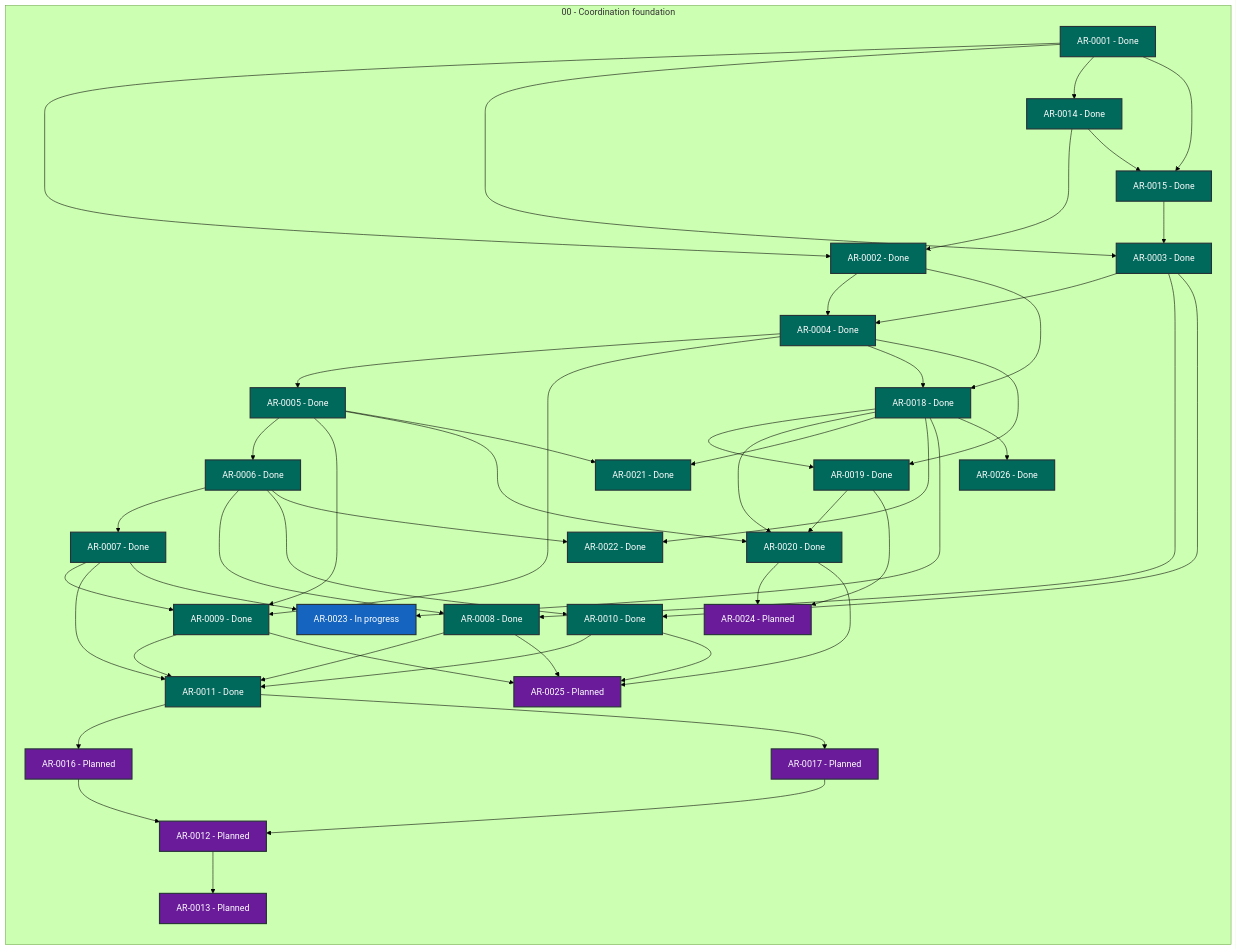
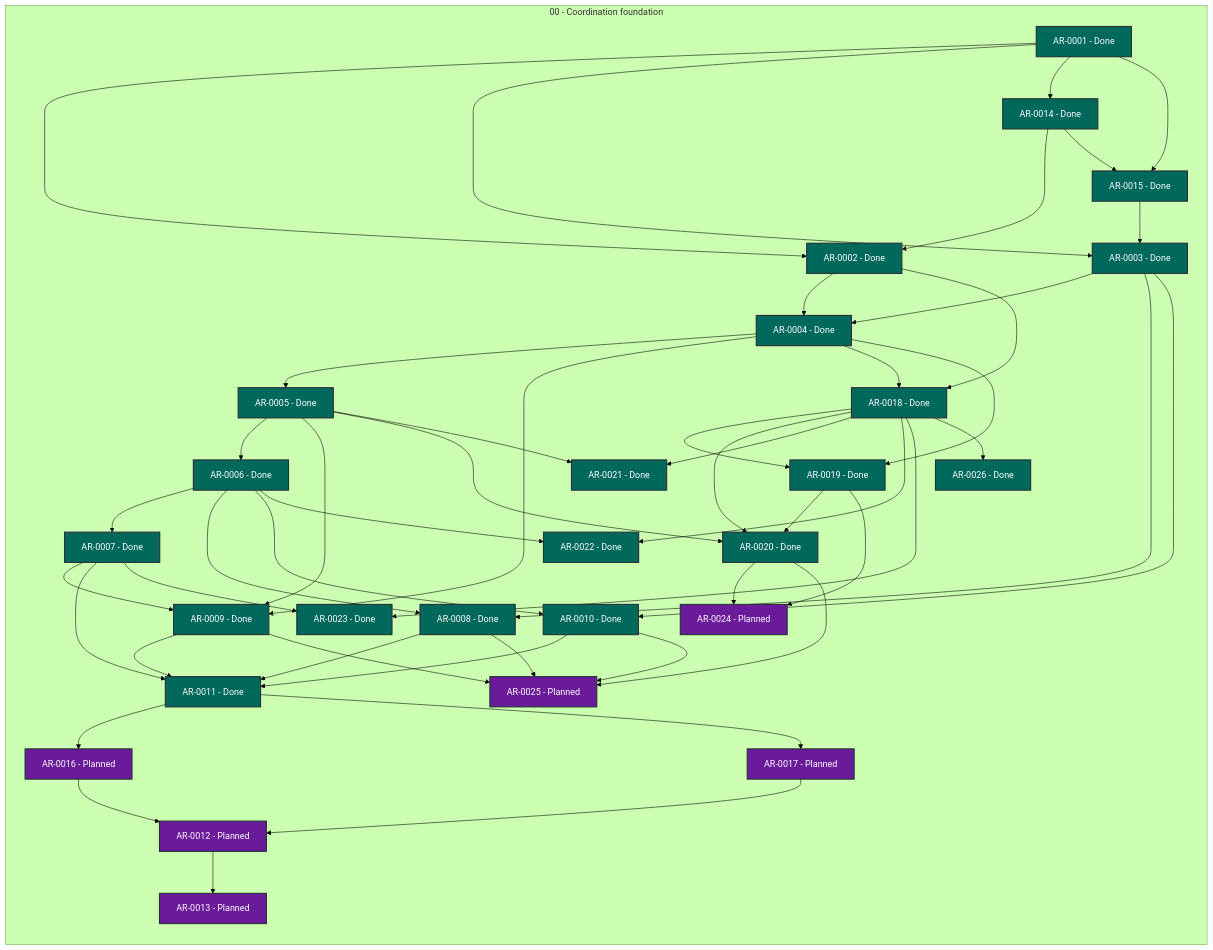
One commit to martin-beck/agent-workflow-tui-state changed the diagram in STATUS.md. Above: the diagram before and after it, drawn with Mermaid (forest theme). The commit also changed other lines of this file and 2 other files, not shown here.

```diff
--- a/STATUS.md
+++ b/STATUS.md
@@ -50,7 +50,7 @@
         AR_0020["AR-0020 - Done"]:::status_done
         AR_0021["AR-0021 - Done"]:::status_done
         AR_0022["AR-0022 - Done"]:::status_done
-        AR_0023["AR-0023 - In progress"]:::status_in_progress
+        AR_0023["AR-0023 - Done"]:::status_done
         AR_0024["AR-0024 - Planned"]:::status_planned
         AR_0025["AR-0025 - Planned"]:::status_planned
         AR_0026["AR-0026 - Done"]:::status_done
```
